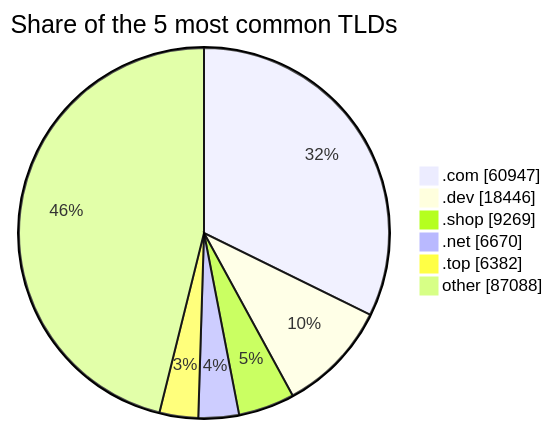
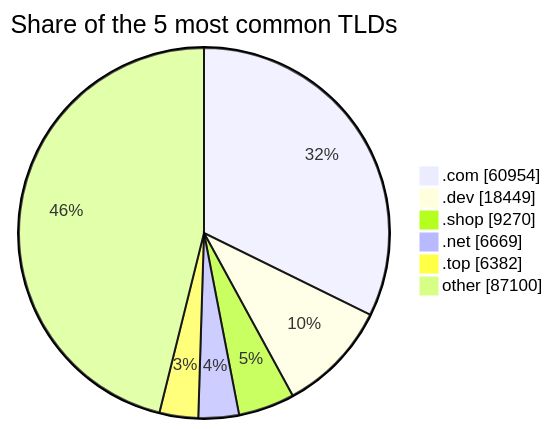
The third of 3 diagrams in README.md (DNSBunker/CTI), drawn with Mermaid before and after one commit. The commit also changed other lines of this file and 3 other files, not shown here.

````diff
--- a/README.md
+++ b/README.md
@@ -81,9 +81,9 @@
 ```mermaid
 pie showData title Share of the 5 most common TLDs
-    ".com" : 60947
-    ".dev" : 18446
-    ".shop" : 9269
-    ".net" : 6670
+    ".com" : 60954
+    ".dev" : 18449
+    ".shop" : 9270
+    ".net" : 6669
     ".top" : 6382
-    "other" : 87088
+    "other" : 87100
 ```
````
